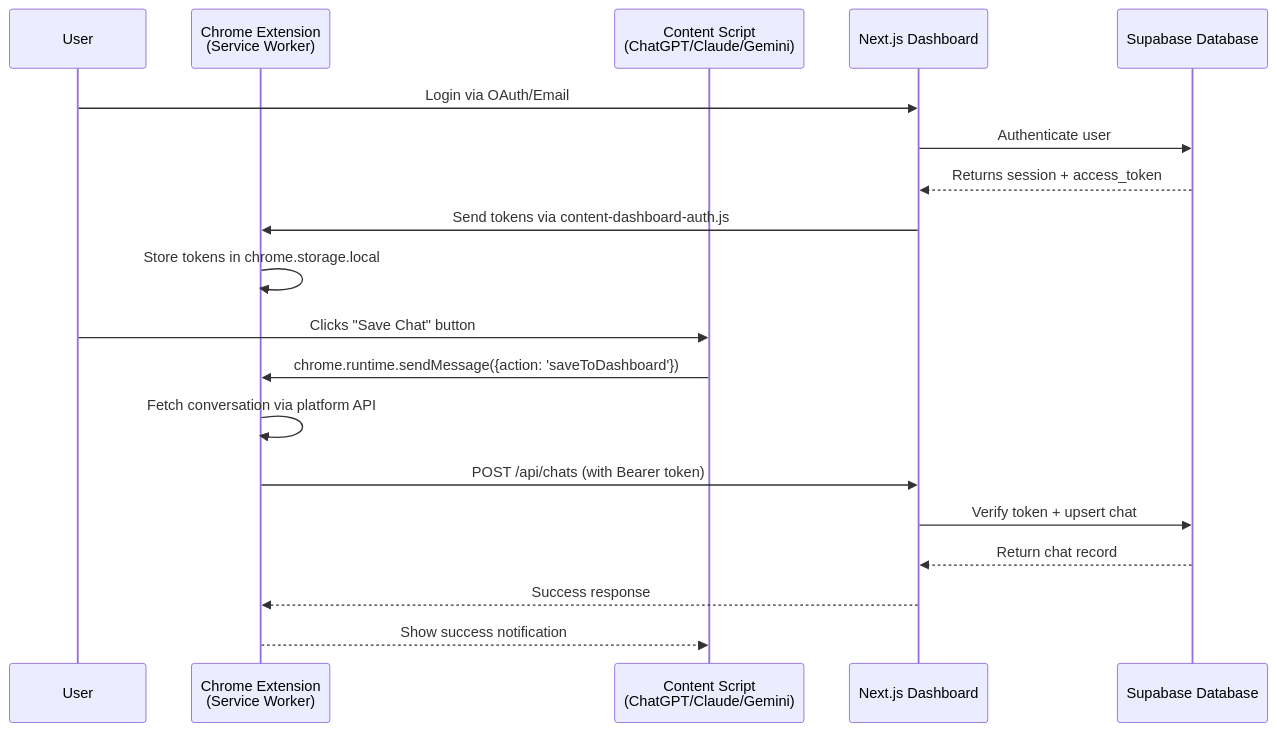
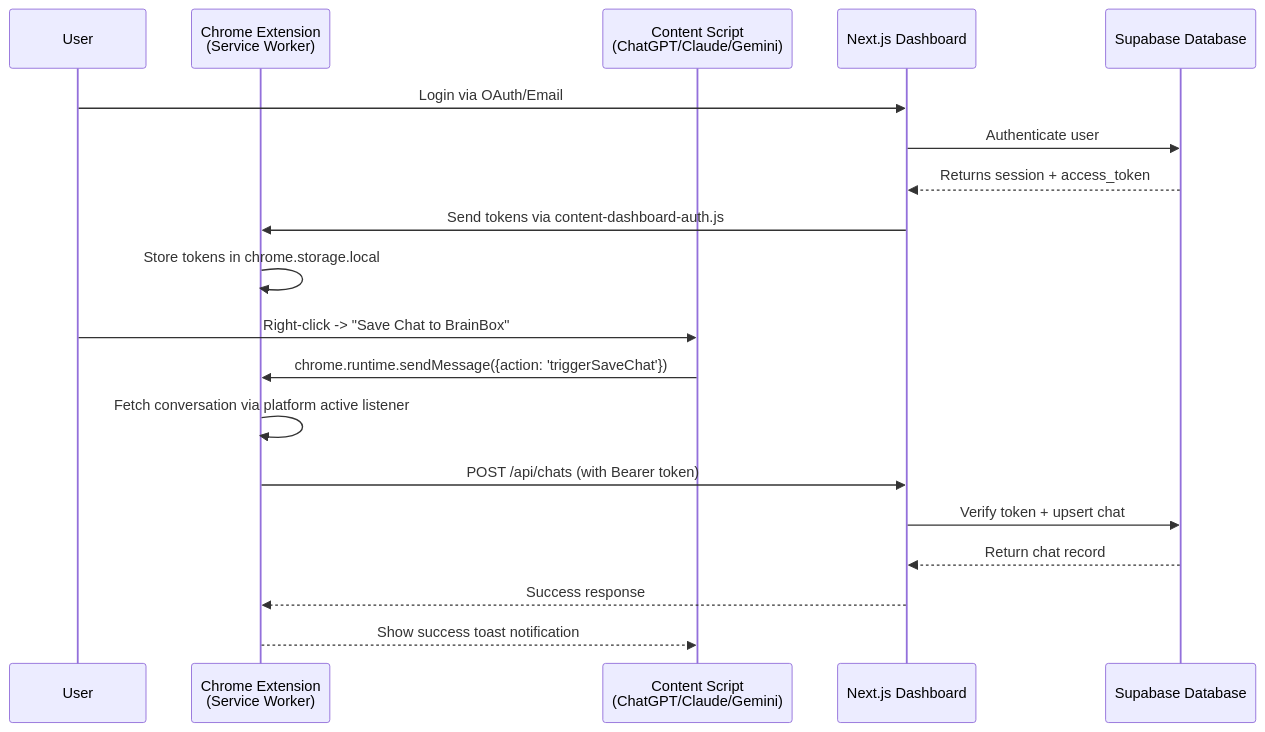
One commit to HackamViGo/Chat-Organizer changed the first of 3 diagrams in docs/technical/SYNC_PROTOCOL.md. Above: the diagram before and after it, drawn with Mermaid. The commit also changed other lines of this file and 86 other files, not shown here.

Commit message:
feat: dashboard Light Mode & Extended Knowledge Graph sync

````diff
--- a/docs/technical/SYNC_PROTOCOL.md
+++ b/docs/technical/SYNC_PROTOCOL.md
@@ -15,23 +15,23 @@
 ```mermaid
 sequenceDiagram
     participant User
     participant Extension as Chrome Extension<br/>(Service Worker)
     participant ContentScript as Content Script<br/>(ChatGPT/Claude/Gemini)
     participant Dashboard as Next.js Dashboard
     participant Supabase as Supabase Database
 
     User->>Dashboard: Login via OAuth/Email
     Dashboard->>Supabase: Authenticate user
     Supabase-->>Dashboard: Returns session + access_token
     Dashboard->>Extension: Send tokens via content-dashboard-auth.js
     Extension->>Extension: Store tokens in chrome.storage.local
 
-    User->>ContentScript: Clicks "Save Chat" button
-    ContentScript->>Extension: chrome.runtime.sendMessage({action: 'saveToDashboard'})
-    Extension->>Extension: Fetch conversation via platform API
+    User->>ContentScript: Right-click -> "Save Chat to BrainBox"
+    ContentScript->>Extension: chrome.runtime.sendMessage({action: 'triggerSaveChat'})
+    Extension->>Extension: Fetch conversation via platform active listener
     Extension->>Dashboard: POST /api/chats (with Bearer token)
     Dashboard->>Supabase: Verify token + upsert chat
     Supabase-->>Dashboard: Return chat record
     Dashboard-->>Extension: Success response
-    Extension-->>ContentScript: Show success notification
+    Extension-->>ContentScript: Show success toast notification
 ```
````
